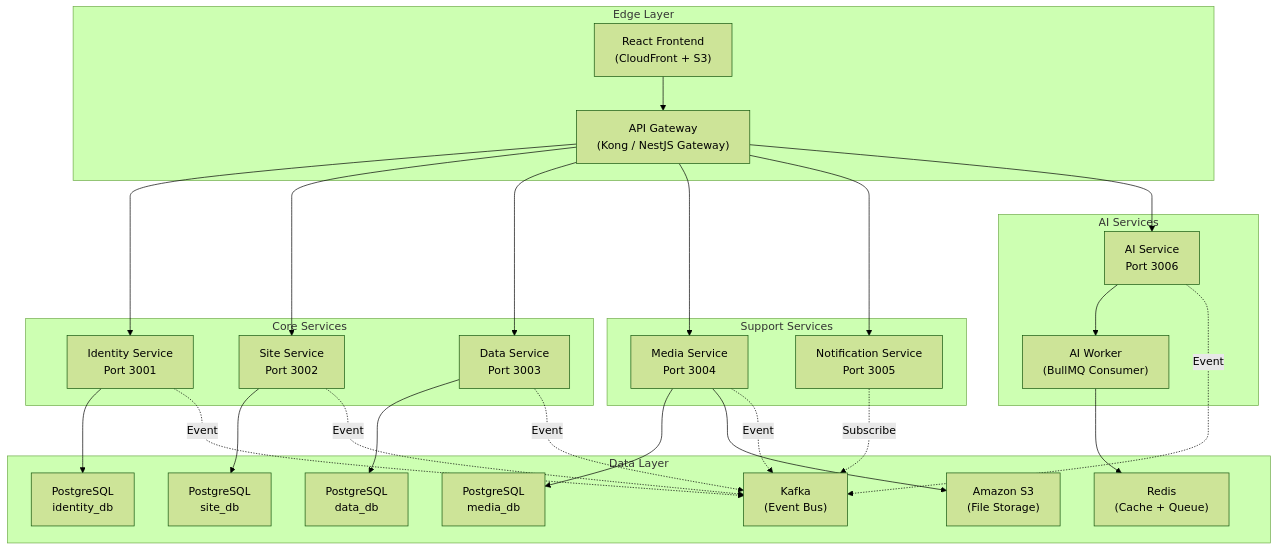
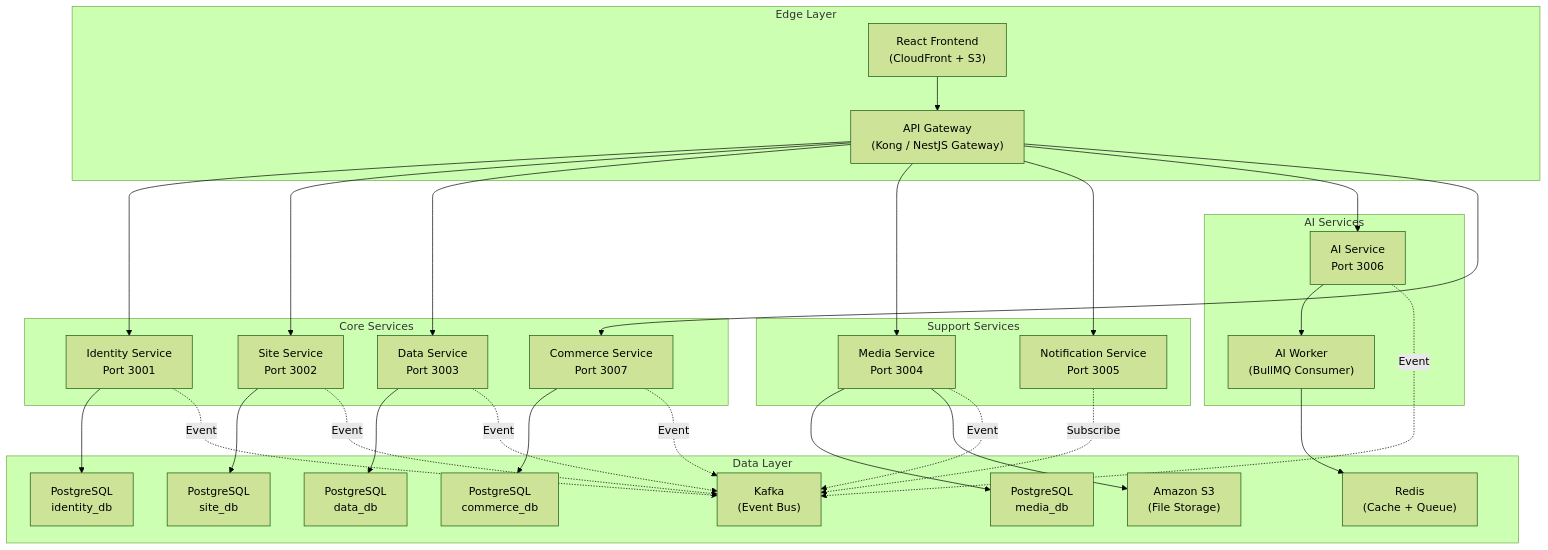
Before and after one commit to KrisCTer/Genzite: the diagram in docs/microservices-architecture.md, drawn with Mermaid (forest theme). The commit also changed other lines of this file and 86 other files, not shown here.

First line of the commit message:
Feat/epic ecommerce architecture (#21)

````diff
--- a/docs/microservices-architecture.md
+++ b/docs/microservices-architecture.md
@@ -28,57 +28,62 @@
 ```mermaid
 graph TB
     subgraph "Edge Layer"
         CLIENT["React Frontend<br/>(CloudFront + S3)"]
         GATEWAY["API Gateway<br/>(Kong / NestJS Gateway)"]
     end
 
     subgraph "Core Services"
         IDENTITY["Identity Service<br/>Port 3001"]
         SITE["Site Service<br/>Port 3002"]
         DATA["Data Service<br/>Port 3003"]
+        COMMERCE["Commerce Service<br/>Port 3007"]
     end
 
     subgraph "Support Services"
         MEDIA["Media Service<br/>Port 3004"]
         NOTIFICATION["Notification Service<br/>Port 3005"]
     end
 
     subgraph "AI Services"
         AI["AI Service<br/>Port 3006"]
         AI_WORKER["AI Worker<br/>(BullMQ Consumer)"]
     end
 
     subgraph "Data Layer"
         DB_IDENTITY["PostgreSQL<br/>identity_db"]
         DB_SITE["PostgreSQL<br/>site_db"]
         DB_DATA["PostgreSQL<br/>data_db"]
         DB_MEDIA["PostgreSQL<br/>media_db"]
+        DB_COMMERCE["PostgreSQL<br/>commerce_db"]
         REDIS["Redis<br/>(Cache + Queue)"]
         KAFKA["Kafka<br/>(Event Bus)"]
         S3["Amazon S3<br/>(File Storage)"]
     end
 
     CLIENT --> GATEWAY
     GATEWAY --> IDENTITY
     GATEWAY --> SITE
     GATEWAY --> DATA
     GATEWAY --> MEDIA
     GATEWAY --> NOTIFICATION
     GATEWAY --> AI
+    GATEWAY --> COMMERCE
 
     IDENTITY --> DB_IDENTITY
     SITE --> DB_SITE
     DATA --> DB_DATA
     MEDIA --> DB_MEDIA
     MEDIA --> S3
+    COMMERCE --> DB_COMMERCE
 
     AI --> AI_WORKER
     AI_WORKER --> REDIS
 
     IDENTITY -.->|Event| KAFKA
     SITE -.->|Event| KAFKA
     DATA -.->|Event| KAFKA
     MEDIA -.->|Event| KAFKA
+    COMMERCE -.->|Event| KAFKA
     NOTIFICATION -.->|Subscribe| KAFKA
     AI -.->|Event| KAFKA
 ```
````
